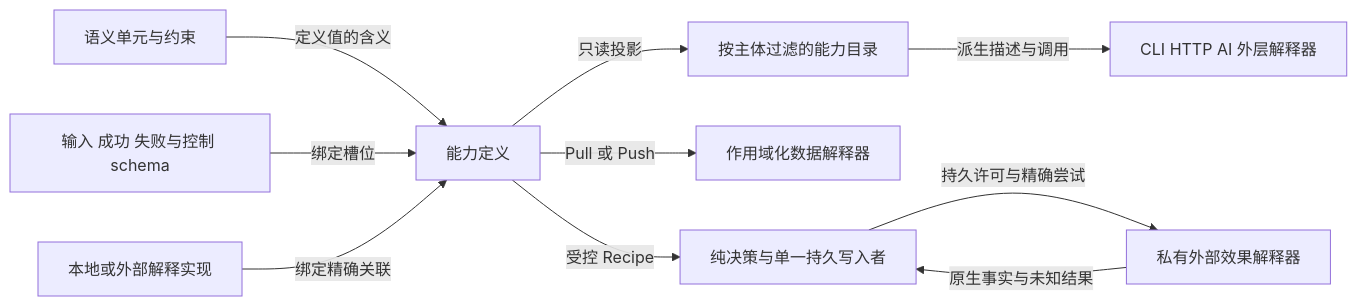
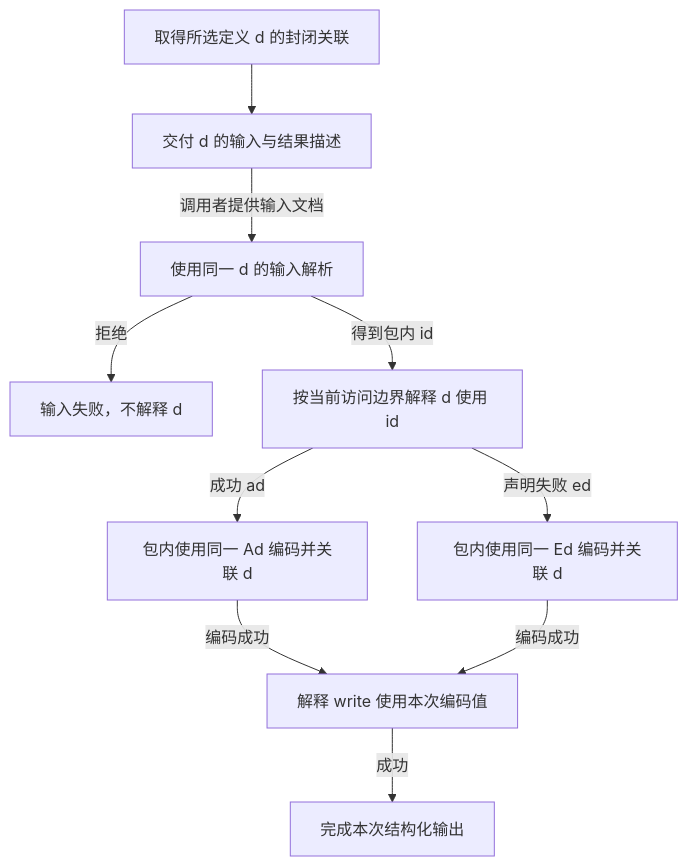
Before and after one commit to mouriya-s-lab/OpenAlice: the sixth of 53 diagrams in docs/uta-capability-runtime-design.md, drawn with Mermaid. The commit also changed other lines of this file and 175 other files, not shown here.

````diff
--- a/docs/uta-capability-runtime-design.md
+++ b/docs/uta-capability-runtime-design.md
@@ -232,12 +387,12 @@
 ```mermaid
-flowchart LR
-  Unit[语义单元与约束] -->|定义值的含义| Definition[能力定义]
-  Schema[输入 成功 失败与控制 schema] -->|绑定槽位| Definition
-  Interpretation[本地或外部解释实现] -->|绑定精确关联| Definition
-  Definition -->|只读投影| Catalog[按主体过滤的能力目录]
-  Catalog -->|派生描述与调用| CLI[CLI HTTP AI 外层解释器]
-  Definition -->|Pull 或 Push| ReadRuntime[作用域化数据解释器]
-  Definition -->|受控 Recipe| Kernel[纯决策与单一持久写入者]
-  Kernel -->|持久许可与精确尝试| Executor[私有外部效果解释器]
-  Executor -->|原生事实与未知结果| Kernel
+flowchart TD
+    Selected[取得所选定义 d 的封闭关联] --> Describe[交付 d 的输入与结果描述]
+    Describe -->|调用者提供输入文档| Parse[使用同一 d 的输入解析]
+    Parse -->|拒绝| Reject[输入失败，不解释 d]
+    Parse -->|得到包内 id| Run[按当前访问边界解释 d 使用 id]
+    Run -->|成功 ad| Encode[包内使用同一 Ad 编码并关联 d]
+    Run -->|声明失败 ed| Error[包内使用同一 Ed 编码并关联 d]
+    Encode -->|编码成功| Write[解释 write 使用本次编码值]
+    Error -->|编码成功| Write
+    Write -->|成功| Delivered[完成本次结构化输出]
 ```
````
